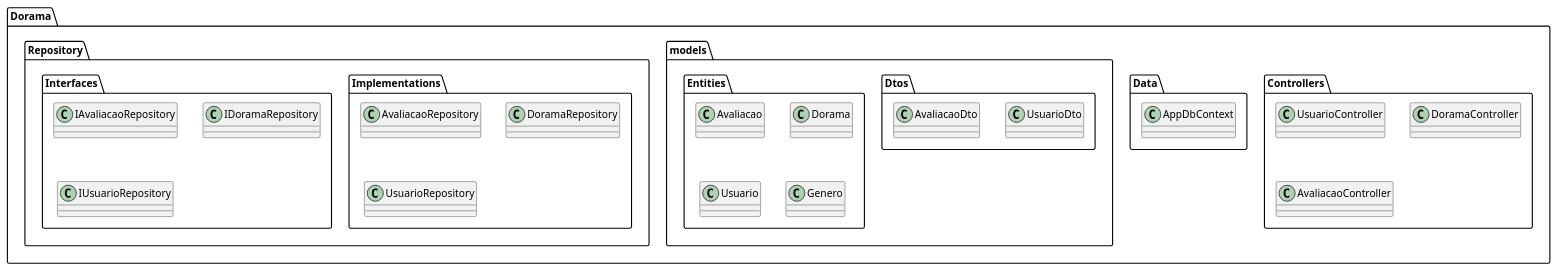
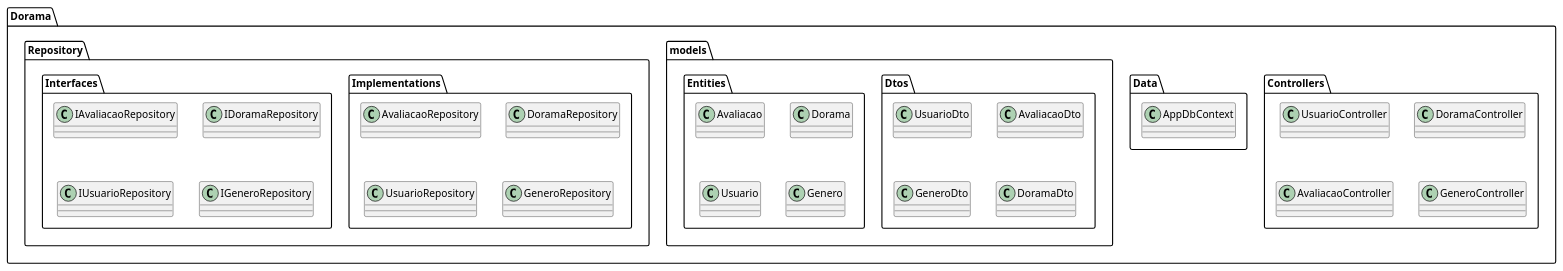
Before and after one commit to KaioHenr/Trab1-PS: the diagram in Trab1-PS/diagramas/diagramas_plantuml/diagrama_de_projeto.plantuml, drawn with PlantUML. The commit also changed 1 other file, not shown here.

Commit message:
update diagrama: diagrama de projeto

```diff
--- a/Trab1-PS/diagramas/diagramas_plantuml/diagrama_de_projeto.plantuml
+++ b/Trab1-PS/diagramas/diagramas_plantuml/diagrama_de_projeto.plantuml
@@ -1,48 +1,53 @@
 @startuml
 package Dorama {
 
         package Controllers {
         class UsuarioController
         class DoramaController
         class AvaliacaoController
+        class GeneroController
         }
         
         
         package Data {
         class AppDbContext 
         }
         package models {
                 package Dtos {
         class UsuarioDto
         class AvaliacaoDto
+        class GeneroDto
+        class DoramaDto
 }
                 package Entities {
         class Avaliacao
         class Dorama
         class Usuario
         class Genero
             }
         
 
        
        
         }
 
         package Repository{
         
         package Implementations{
         
         class AvaliacaoRepository
         class DoramaRepository
         class UsuarioRepository
+        class GeneroRepository
         }
         package Interfaces{
         
         class IAvaliacaoRepository
         class IDoramaRepository
         class IUsuarioRepository
+        class IGeneroRepository
         
         }
         
 }
 @enduml
```
